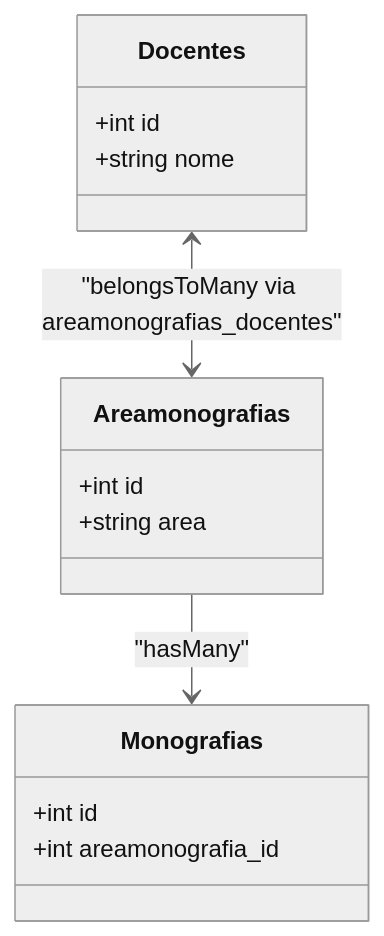
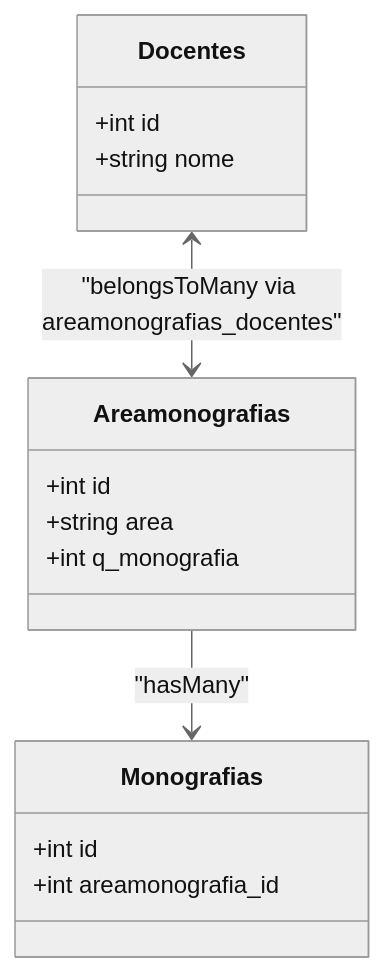
Before and after one commit to luiseduacosta/tcc4: the eighth of 9 diagrams in .qoder/repowiki/en/content/Database Schema Design.md, drawn with Mermaid (neutral theme). The commit also changed other lines of this file and 101 other files, not shown here.

````diff
--- a/.qoder/repowiki/en/content/Database Schema Design.md
+++ b/.qoder/repowiki/en/content/Database Schema Design.md
@@ -440,17 +433,18 @@
 ```mermaid
 classDiagram
 class Areamonografias {
 +int id
 +string area
++int q_monografia
 }
 class Docentes {
 +int id
 +string nome
 }
 class Monografias {
 +int id
 +int areamonografia_id
 }
 Areamonografias --> Monografias : "hasMany"
 Docentes <--> Areamonografias : "belongsToMany via areamonografias_docentes"
 ```
````
